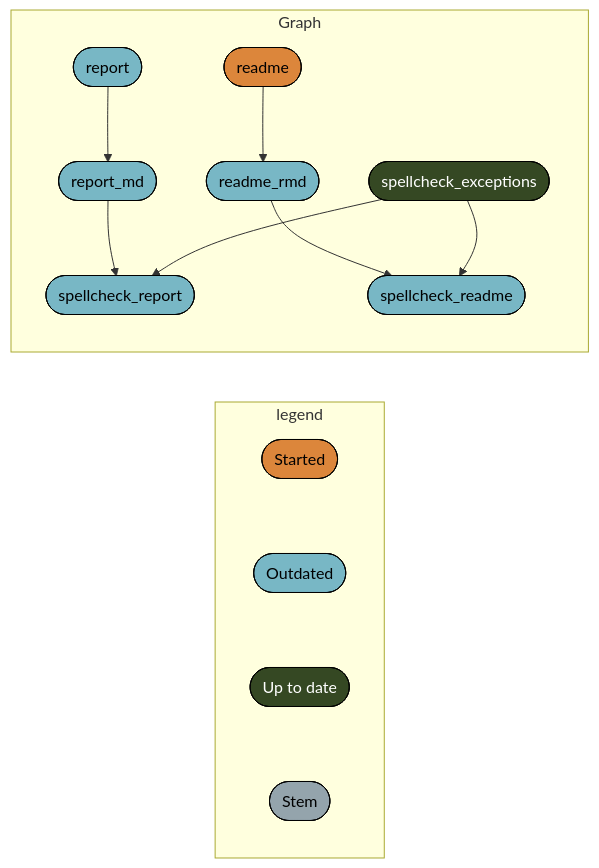
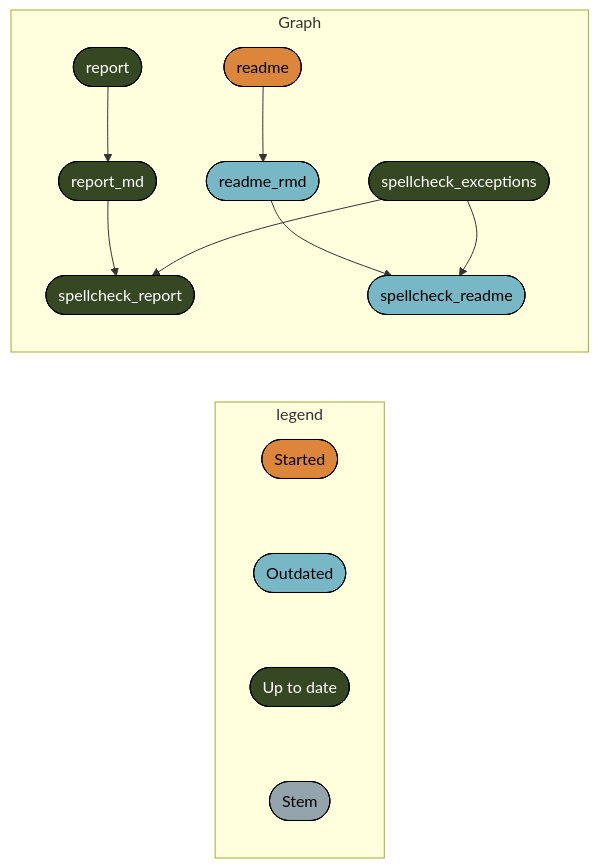
Before and after one commit to crsh/bf-defprit: the third of 3 diagrams in README.md, drawn with Mermaid. The commit also changed other lines of this file and 4 other files, not shown here.

````diff
--- a/README.md
+++ b/README.md
@@ -239,24 +242,24 @@
 ``` mermaid
                                                                                
 graph LR
   subgraph legend
     x5b3426b4c7fa7dbc([""Started""]):::started --- x0a52b03877696646([""Outdated""]):::outdated
     x0a52b03877696646([""Outdated""]):::outdated --- x7420bd9270f8d27d([""Up to date""]):::uptodate
     x7420bd9270f8d27d([""Up to date""]):::uptodate --- xbf4603d6c2c2ad6b([""Stem""]):::none
   end
   subgraph Graph
     x6e52cb0f1668cc22(["readme"]):::started --> x5a4cc06fc4a3b7ee(["readme_rmd"]):::outdated
-    x318ca994c4bb593a(["report_md"]):::outdated --> xe6fb6b2c93ead02c(["spellcheck_report"]):::outdated
-    x4ffa27198e787466(["spellcheck_exceptions"]):::uptodate --> xe6fb6b2c93ead02c(["spellcheck_report"]):::outdated
+    x318ca994c4bb593a(["report_md"]):::uptodate --> xe6fb6b2c93ead02c(["spellcheck_report"]):::uptodate
+    x4ffa27198e787466(["spellcheck_exceptions"]):::uptodate --> xe6fb6b2c93ead02c(["spellcheck_report"]):::uptodate
     x5a4cc06fc4a3b7ee(["readme_rmd"]):::outdated --> xf1a660a3e2076bea(["spellcheck_readme"]):::outdated
     x4ffa27198e787466(["spellcheck_exceptions"]):::uptodate --> xf1a660a3e2076bea(["spellcheck_readme"]):::outdated
-    xe0fba61fbc506510(["report"]):::outdated --> x318ca994c4bb593a(["report_md"]):::outdated
+    xe0fba61fbc506510(["report"]):::uptodate --> x318ca994c4bb593a(["report_md"]):::uptodate
   end
   classDef started stroke:#000000,color:#000000,fill:#DC863B;
   classDef outdated stroke:#000000,color:#000000,fill:#78B7C5;
   classDef uptodate stroke:#000000,color:#ffffff,fill:#354823;
   classDef none stroke:#000000,color:#000000,fill:#94a4ac;
   linkStyle 0 stroke-width:0px;
   linkStyle 1 stroke-width:0px;
   linkStyle 2 stroke-width:0px;
 ```
````
